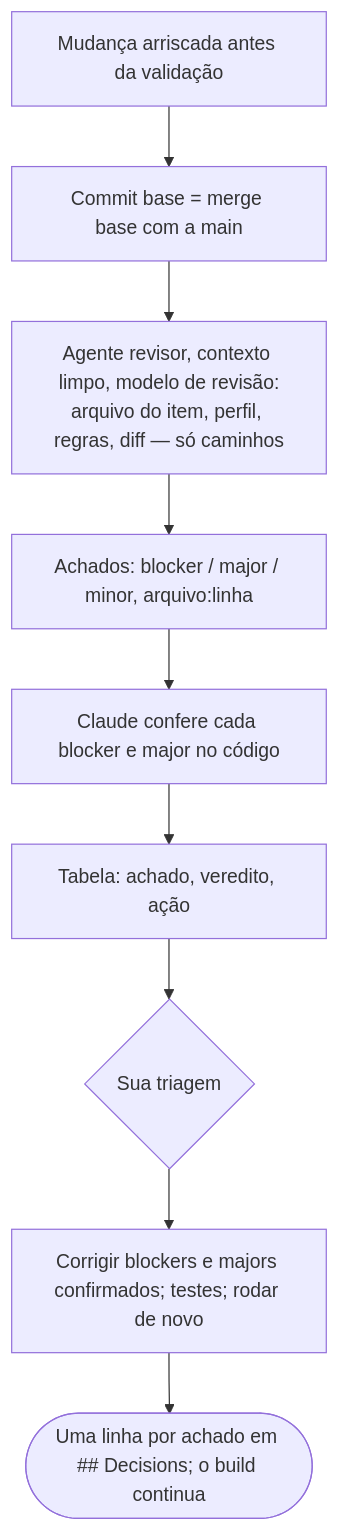
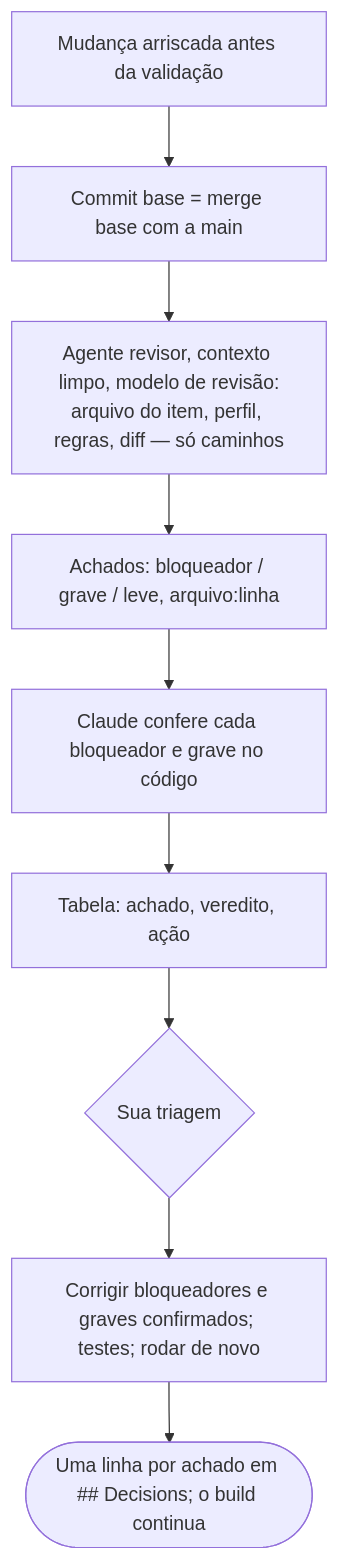
Before and after one commit to alexcanario/simulab: the ninth of 15 diagrams in docs/agile/workflow.pt-BR.md, drawn with Mermaid. The commit also changed other lines of this file and 12 other files, not shown here.

````diff
--- a/docs/agile/workflow.pt-BR.md
+++ b/docs/agile/workflow.pt-BR.md
@@ -988,11 +998,11 @@
 ```mermaid
 flowchart TD
     A["Mudança arriscada antes da validação"] --> B["Commit base = merge base com a main"]
     B --> C["Agente revisor, contexto limpo, modelo de revisão:<br/>arquivo do item, perfil, regras, diff — só caminhos"]
-    C --> D["Achados: blocker / major / minor, arquivo:linha"]
-    D --> E["Claude confere cada blocker e major no código"]
+    C --> D["Achados: bloqueador / grave / leve, arquivo:linha"]
+    D --> E["Claude confere cada bloqueador e grave no código"]
     E --> F["Tabela: achado, veredito, ação"]
     F --> G{"Sua triagem"}
-    G --> H["Corrigir blockers e majors confirmados; testes; rodar de novo"]
+    G --> H["Corrigir bloqueadores e graves confirmados; testes; rodar de novo"]
     H --> I(["Uma linha por achado em ## Decisions; o build continua"])
 ```
````
